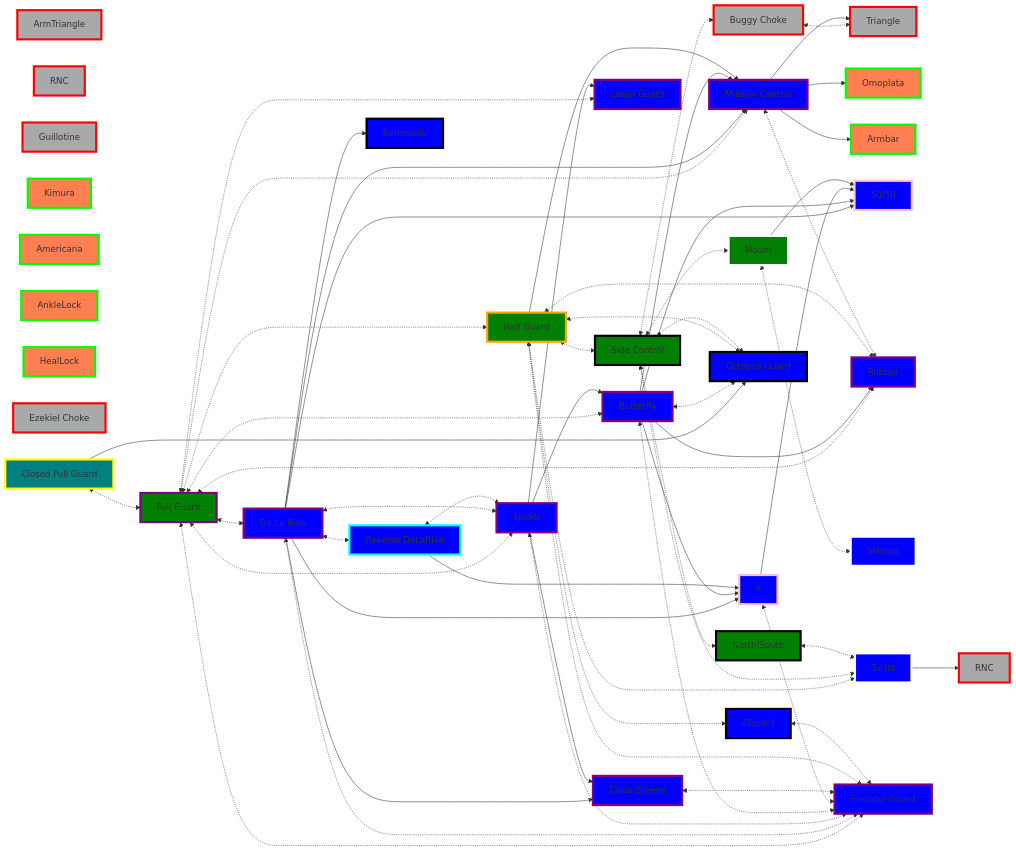
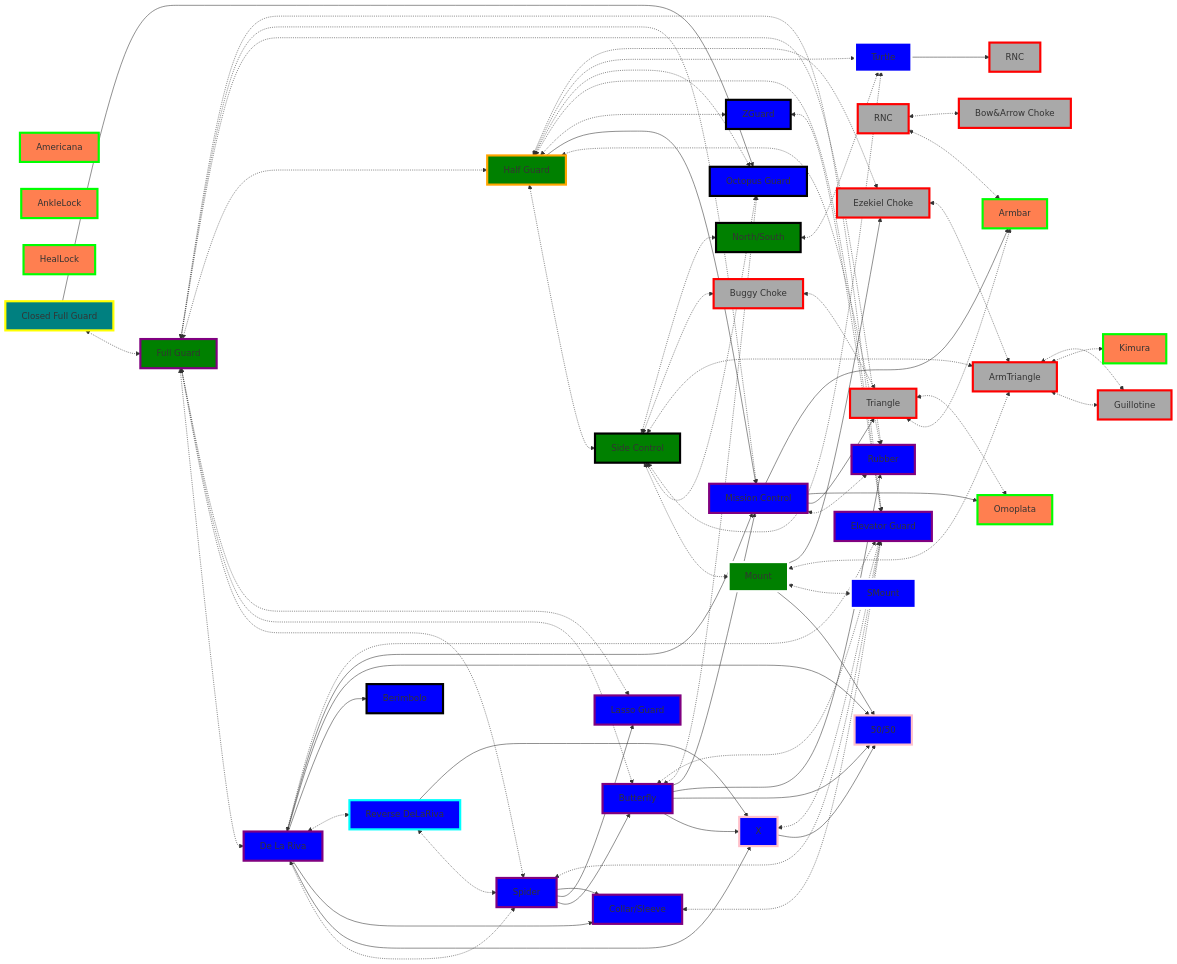
One commit to jacgit18/DevHiveMind changed the second of 4 diagrams in _Fitness/BJJ Priority Flows.md. Above: the diagram before and after it, drawn with Mermaid. The commit also changed other lines of this file and 1 other file, not shown here.

Commit message:
M "_Fitness/BJJ Priority Flows.md"  M "_Fitness/MMA/Grappling/Submissions/Prior Flow.md"

```diff
--- a/_Fitness/BJJ Priority Flows.md
+++ b/_Fitness/BJJ Priority Flows.md
@@ -294,8 +295,18 @@
 	11[HealLock]
 	12[Buggy Choke]
 	13[Ezekiel Choke]
-
+	14[Bow&Arrow Choke]
+	
+	
+	1 <-.-> 4
+	1 <-.-> 3
+	5 <-.-> 7
+	5 <-.-> 8
+	6 <-.-> 4
+	6 <-.-> 14
+	7 <-.-> 5
 	12 <-.-> 1
+	13 <-.-> 5
 
     A <-.-> B
     A <-.-> C
@@ -335,12 +346,16 @@
 	H <-.-> ElevatorGuard
 	H <-.-> OctopusGuard
 	H <-.-> Turtle
+	H <-.-> 13
 	I <-.-> J
 	I <-.-> OctopusGuard
 	I <-.-> Turtle
+	I <-.-> 5
 	I <-.-> 12
 	J --> N
 	J <-.-> SMount
+	J <-.-> 5
+	J --> 13
 	K <-.-> Turtle
 	L <-.-> C
 	L --> F
@@ -412,6 +427,8 @@
 
 style 13 fill:darkgray,stroke:red,stroke-width:4px,shadow:shadow
 
+style 14 fill:darkgray,stroke:red,stroke-width:4px,shadow:shadow
+
 style Closed fill:teal,stroke:yellow,stroke-width:4px,shadow:shadow
 
 style ElevatorGuard fill:blue,stroke:purple,stroke-width:4px,shadow:shadow
```
